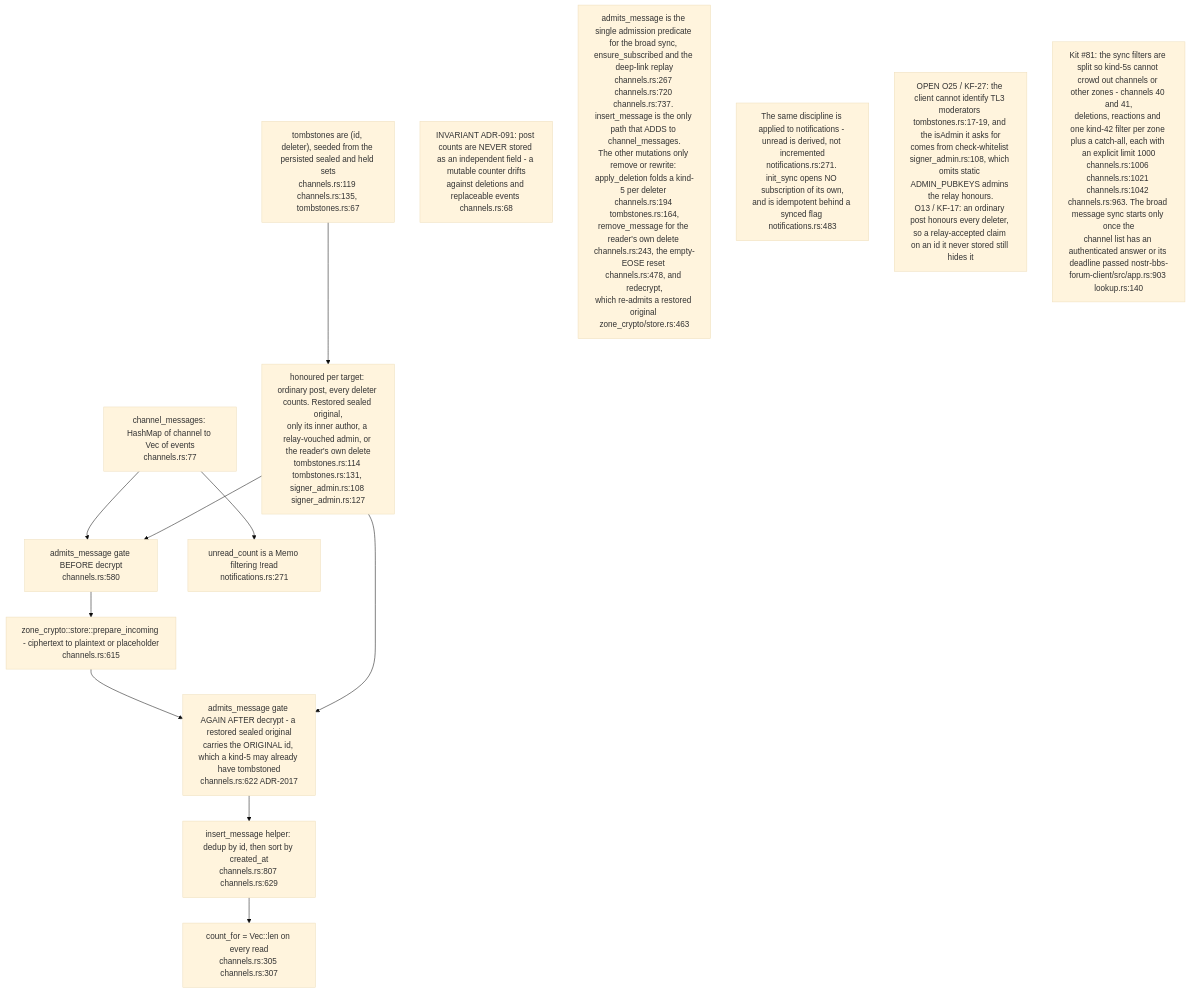
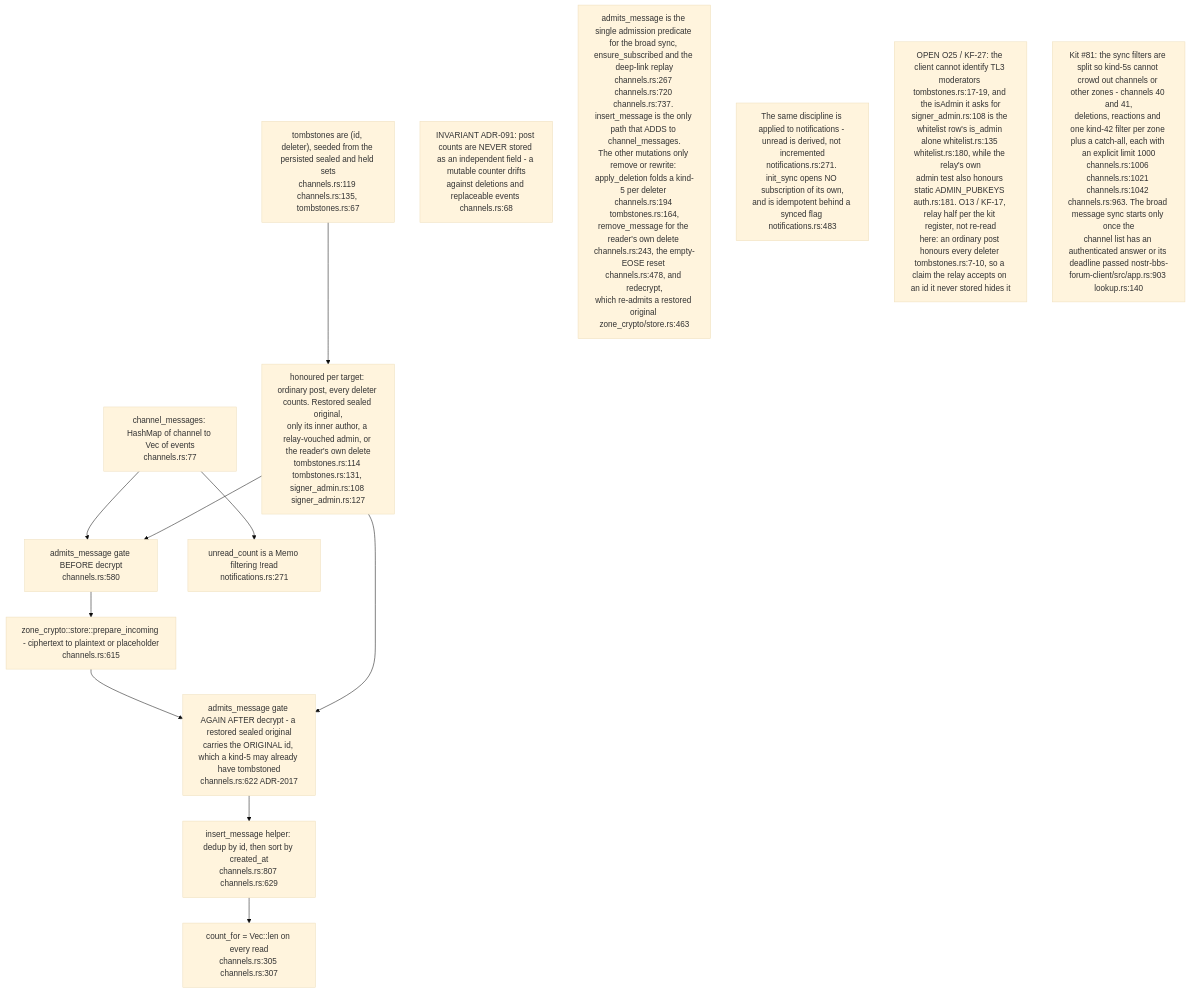
One commit to DreamLab-AI/VisionFlow changed the sixth of 20 diagrams in docs/diagrams/nostr-rust-forum/05-leptos-clients-onboarding-messaging-governance.md. Above: the diagram before and after it, drawn with Mermaid (base theme). The commit also changed other lines of this file, not shown here.

Commit message:
docs(diagrams): NF-05 cite the relay half of O25, correct the NF-05.20 section node

````diff
--- a/docs/diagrams/nostr-rust-forum/05-leptos-clients-onboarding-messaging-governance.md
+++ b/docs/diagrams/nostr-rust-forum/05-leptos-clients-onboarding-messaging-governance.md
@@ -249,24 +251,24 @@
 ```mermaid
 flowchart TB
     EVS["channel_messages: HashMap of channel to Vec of events<br/>channels.rs:77"]
     TOMB["tombstones are (id, deleter), seeded from the persisted sealed and held sets<br/>channels.rs:119 channels.rs:135, tombstones.rs:67"]
     GATE1["admits_message gate BEFORE decrypt<br/>channels.rs:580"]
     DEC["zone_crypto::store::prepare_incoming - ciphertext to plaintext or placeholder<br/>channels.rs:615"]
     GATE2["admits_message gate AGAIN AFTER decrypt - a restored sealed original<br/>carries the ORIGINAL id, which a kind-5 may already have tombstoned<br/>channels.rs:622 ADR-2017"]
     INS["insert_message helper: dedup by id, then sort by created_at<br/>channels.rs:807 channels.rs:629"]
     CNT["count_for = Vec::len on every read<br/>channels.rs:305 channels.rs:307"]
     UNREAD["unread_count is a Memo filtering !read<br/>notifications.rs:271"]
     HON["honoured per target: ordinary post, every deleter counts. Restored sealed original,<br/>only its inner author, a relay-vouched admin, or the reader's own delete<br/>tombstones.rs:114 tombstones.rs:131, signer_admin.rs:108 signer_admin.rs:127"]
 
     EVS --> GATE1 --> DEC --> GATE2 --> INS --> CNT
     TOMB --> HON
     HON --> GATE1
     HON --> GATE2
     EVS --> UNREAD
 
     N1["INVARIANT ADR-091: post counts are NEVER stored as an independent field - a mutable counter drifts<br/>against deletions and replaceable events channels.rs:68"]
     N2["admits_message is the single admission predicate for the broad sync, ensure_subscribed and the deep-link replay<br/>channels.rs:267 channels.rs:720 channels.rs:737. insert_message is the only path that ADDS to channel_messages.<br/>The other mutations only remove or rewrite: apply_deletion folds a kind-5 per deleter channels.rs:194 tombstones.rs:164,<br/>remove_message for the reader's own delete channels.rs:243, the empty-EOSE reset channels.rs:478, and redecrypt,<br/>which re-admits a restored original zone_crypto/store.rs:463"]
     N3["The same discipline is applied to notifications - unread is derived, not incremented<br/>notifications.rs:271. init_sync opens NO subscription of its own,<br/>and is idempotent behind a synced flag notifications.rs:483"]
-    N4["OPEN O25 / KF-27: the client cannot identify TL3 moderators tombstones.rs:17-19, and the isAdmin it asks for<br/>comes from check-whitelist signer_admin.rs:108, which omits static ADMIN_PUBKEYS admins the relay honours.<br/>O13 / KF-17: an ordinary post honours every deleter, so a relay-accepted claim on an id it never stored still hides it"]
+    N4["OPEN O25 / KF-27: the client cannot identify TL3 moderators tombstones.rs:17-19, and the isAdmin it asks for<br/>signer_admin.rs:108 is the whitelist row's is_admin alone whitelist.rs:135 whitelist.rs:180, while the relay's own<br/>admin test also honours static ADMIN_PUBKEYS auth.rs:181. O13 / KF-17, relay half per the kit register, not re-read<br/>here: an ordinary post honours every deleter tombstones.rs:7-10, so a claim the relay accepts on an id it never stored hides it"]
     N5["Kit #81: the sync filters are split so kind-5s cannot crowd out channels or other zones - channels 40 and 41,<br/>deletions, reactions and one kind-42 filter per zone plus a catch-all, each with an explicit limit 1000<br/>channels.rs:1006 channels.rs:1021 channels.rs:1042 channels.rs:963. The broad message sync starts only once the<br/>channel list has an authenticated answer or its deadline passed nostr-bbs-forum-client/src/app.rs:903 lookup.rs:140"]
 ```
````
